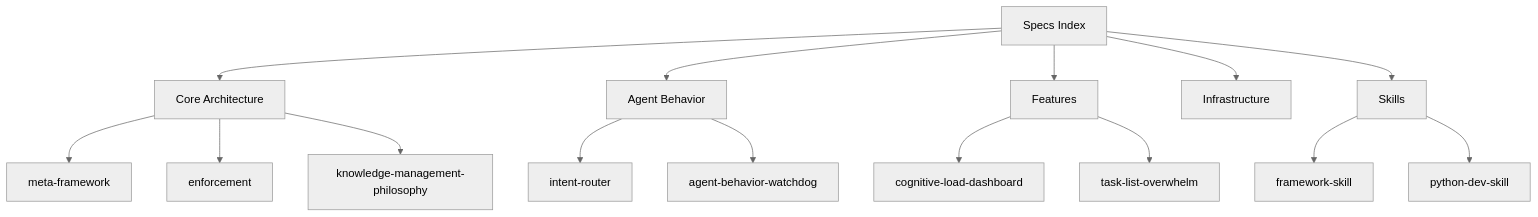
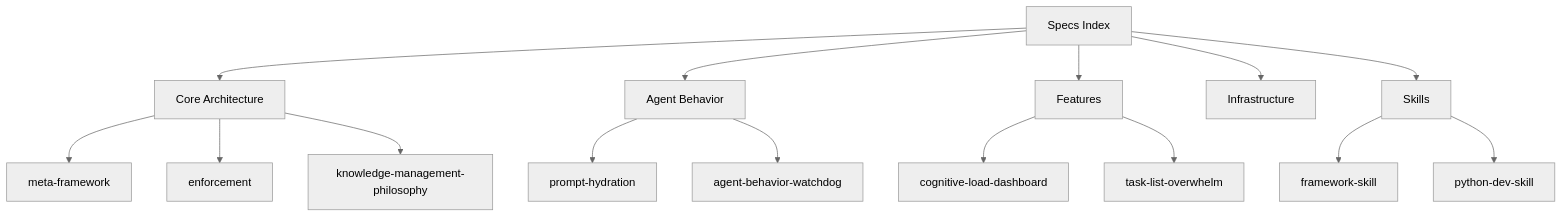
Before and after one commit to nicsuzor/academicOps: the diagram in specs/specs.md, drawn with Mermaid (neutral theme). The commit also changed other lines of this file and 23 other files, not shown here.

````diff
--- a/specs/specs.md
+++ b/specs/specs.md
@@ -14,21 +14,21 @@
 ```mermaid
 graph TD
     A[Specs Index] --> B[Core Architecture]
     A --> C[Agent Behavior]
     A --> D[Features]
     A --> E[Infrastructure]
     A --> F[Skills]
 
     B --> B1[meta-framework]
     B --> B2[enforcement]
     B --> B3[knowledge-management-philosophy]
 
-    C --> C1[intent-router]
+    C --> C1[prompt-hydration]
     C --> C2[agent-behavior-watchdog]
 
     D --> D1[cognitive-load-dashboard]
     D --> D2[task-list-overwhelm]
 
     F --> F1[framework-skill]
     F --> F2[python-dev-skill]
 ```
````
